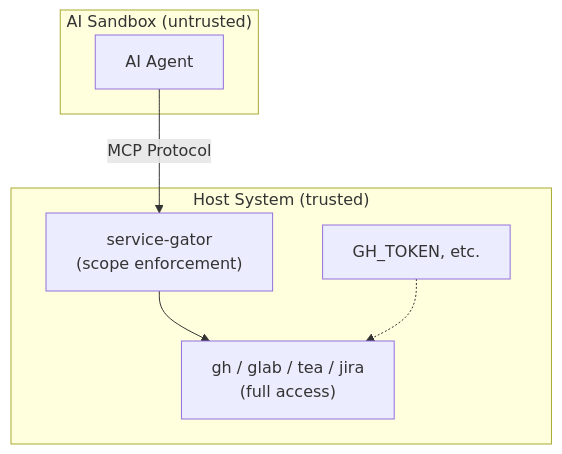
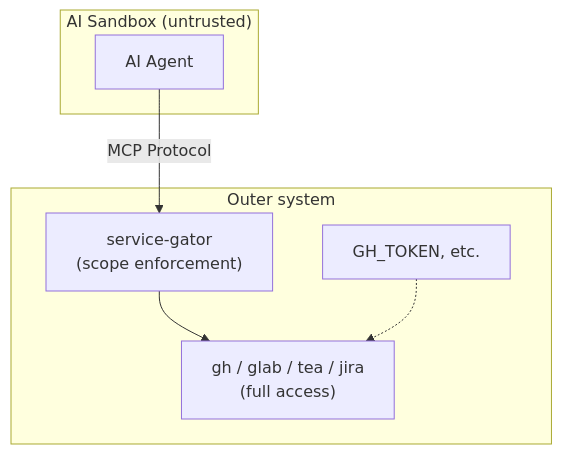
One commit to LobsterTrap/service-gator changed the diagram in README.md. Above: the diagram before and after it, drawn with Mermaid. The commit also changed other lines of this file, not shown here.

````diff
--- a/README.md
+++ b/README.md
@@ -203,17 +203,17 @@
 ```mermaid
 flowchart TB
     subgraph sandbox["AI Sandbox (untrusted)"]
         agent["AI Agent"]
     end
 
-    subgraph host["Host System (trusted)"]
+    subgraph host["Outer system"]
         gator["service-gator<br/>(scope enforcement)"]
         cli["gh / glab / tea / jira<br/>(full access)"]
         creds["GH_TOKEN, etc."]
         
         gator --> cli
         creds -.-> cli
     end
 
     agent -->|"MCP Protocol"| gator
 ```
````
